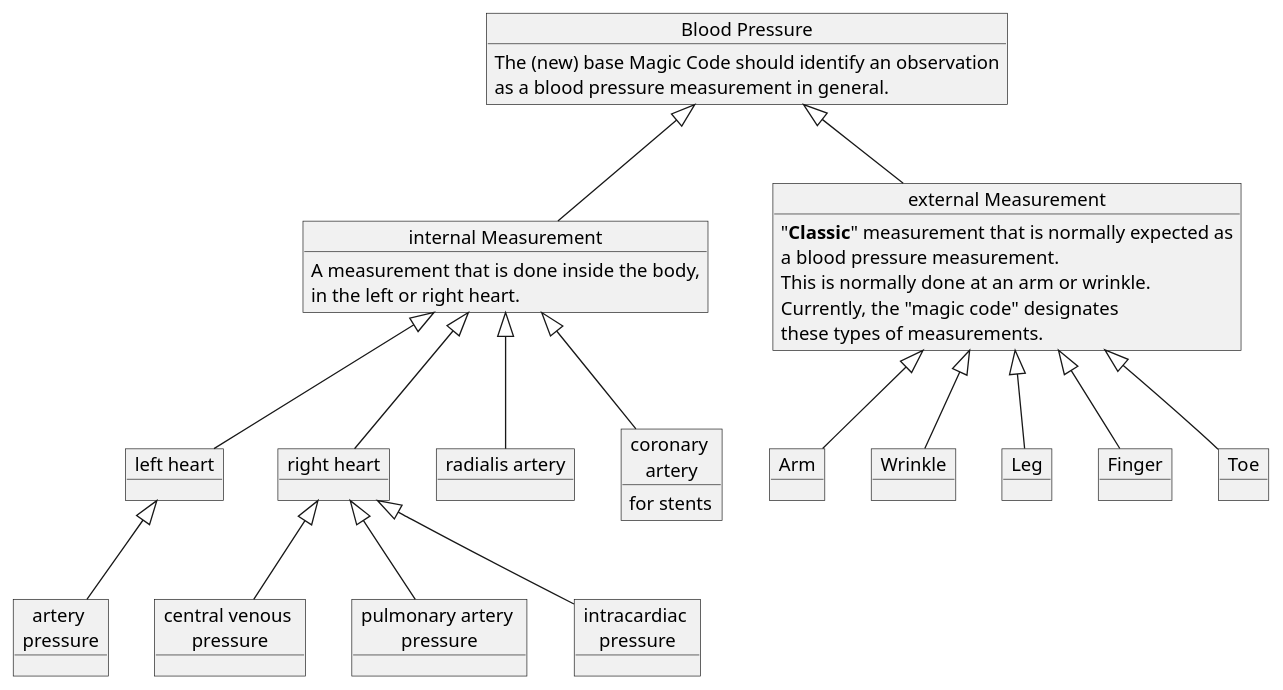
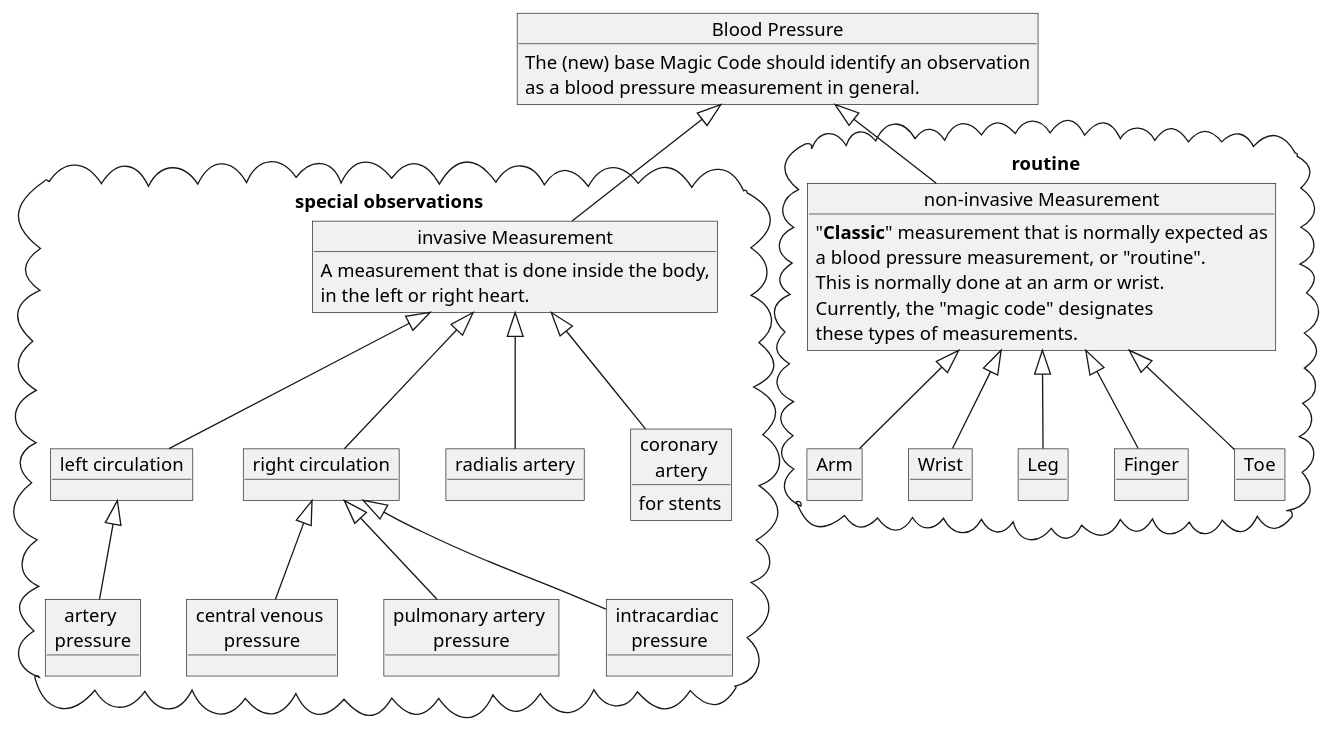
Before and after one commit to frankoemig/bloodpressure: the diagram in input/images-source/magic_code.plantuml, drawn with PlantUML. The commit also changed 5 other files, not shown here.

```diff
--- a/input/images-source/magic_code.plantuml
+++ b/input/images-source/magic_code.plantuml
@@ -1,65 +1,71 @@
 @startuml
 
 
 object "Blood Pressure" as bp {
     The (new) base Magic Code should identify an observation
     as a blood pressure measurement in general.
 }
 
-object "internal Measurement" as intern {
+cloud "special observations" {
+
+object "invasive Measurement" as intern {
     A measurement that is done inside the body,
     in the left or right heart.
 }
 
-object "left heart" as left {
+object "left circulation" as left {
 }
 
-object "right heart" as right {
+object "right circulation" as right {
 }
 
 object "radialis artery" as ra
 object "central venous \npressure" as vene
 object "pulmonary artery \npressure" as pulmo
 object "intracardiac \npressure" as icp
 
 object "artery \npressure" as artery
 
 object "coronary \nartery" as ca {
     for stents
 }
+}
 
-object "external Measurement" as extern {
+cloud "routine" {
+
+object "non-invasive Measurement" as extern {
     "**Classic**" measurement that is normally expected as 
-    a blood pressure measurement.
-    This is normally done at an arm or wrinkle.
+    a blood pressure measurement, or "routine".
+    This is normally done at an arm or wrist.
     Currently, the "magic code" designates 
     these types of measurements.
 }
 
 object "Arm" as arm
-object "Wrinkle" as wrinkle
+object "Wrist" as wrinkle
 object "Leg" as leg
 object "Finger" as finger
 object "Toe" as toe
+}
 
 bp <|-- intern
 bp <|-- extern
 
 intern <|-- left
 intern <|-- right
 intern <|-- ca
 intern <|-- ra
 
 right <|-- vene
 right <|-- pulmo
 right <|-- icp
 
 left <|-- artery
 
 extern <|-- arm
 extern <|-- wrinkle
 extern <|-- leg
 extern <|-- finger
 extern <|-- toe
 
 @enduml
```
